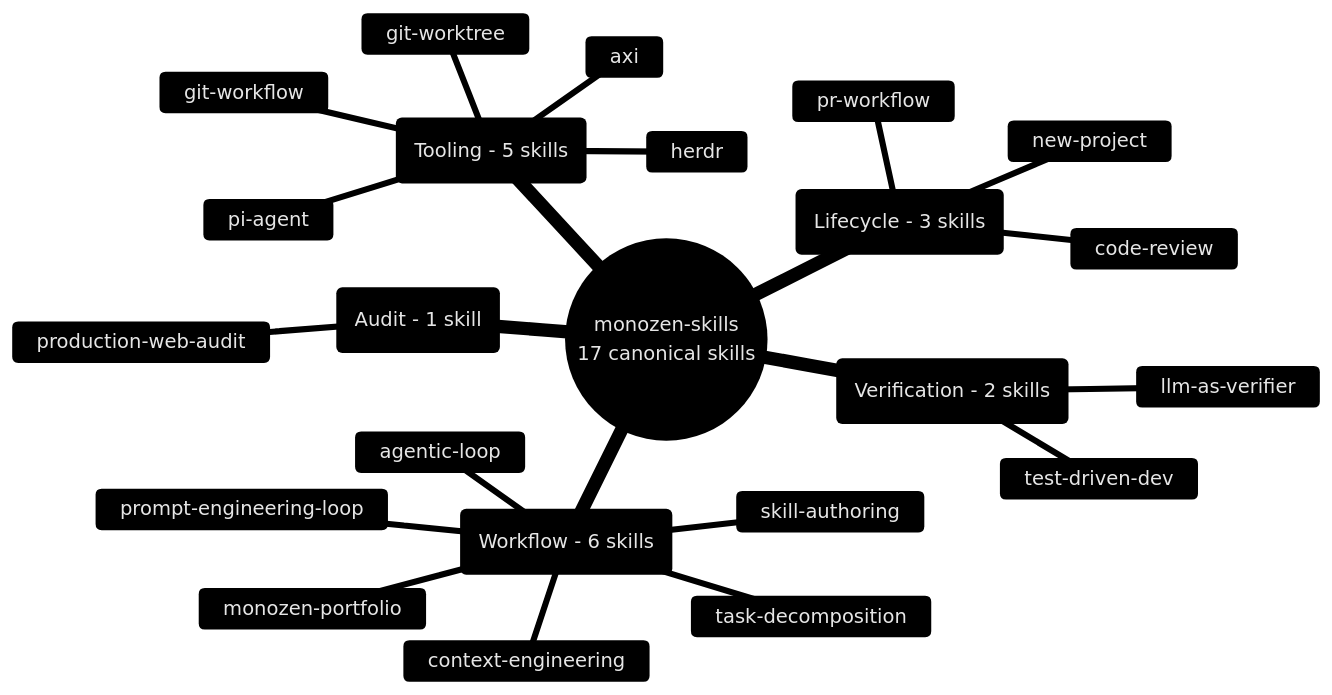
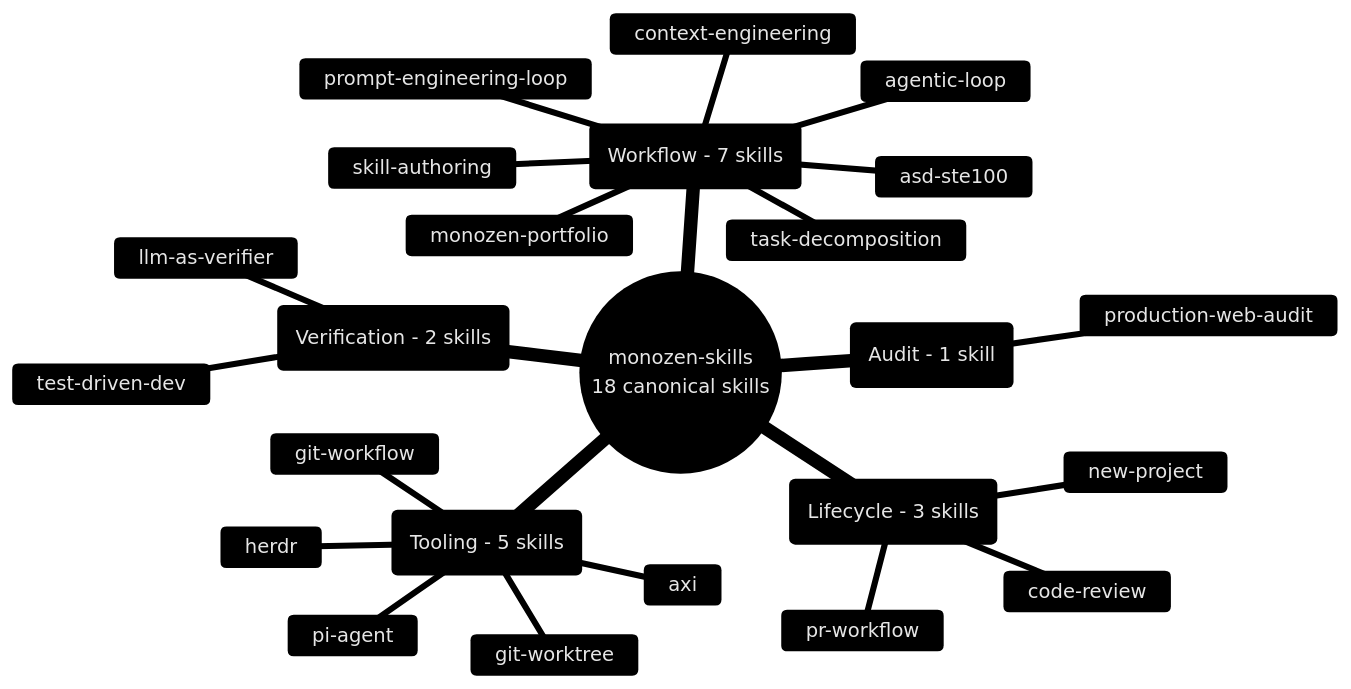
Before and after one commit to 8-BitRhyon/monozen-skills: the diagram in assets/skill-taxonomy.mmd, drawn with Mermaid. The commit also changed 7 other files, not shown here.

Commit message:
feat(skills): add asd-ste100 Simplified Technical English canonical skill

```diff
--- a/assets/skill-taxonomy.mmd
+++ b/assets/skill-taxonomy.mmd
@@ -1,26 +1,27 @@
 %%{init: {'theme': 'base', 'themeVariables': {'primaryColor': '#1a1a2e', 'primaryTextColor': '#e6e6e6', 'primaryBorderColor': '#8b7eff', 'lineColor': '#5a5a8a', 'secondaryColor': '#12132b', 'tertiaryColor': '#0b0c15', 'fontFamily': 'Inter, system-ui, sans-serif'}}}%%
 
 mindmap
-  root((monozen-skills<br/>17 canonical skills))
+  root((monozen-skills<br/>18 canonical skills))
     ::_(Lifecycle - 3 skills)
       new-project
       code-review
       pr-workflow
     ::_(Verification - 2 skills)
       test-driven-dev
       llm-as-verifier
-    ::_(Workflow - 6 skills)
+    ::_(Workflow - 7 skills)
       agentic-loop
+      asd-ste100
       monozen-portfolio
       task-decomposition
       context-engineering
       prompt-engineering-loop
       skill-authoring
     ::_(Audit - 1 skill)
       production-web-audit
     ::_(Tooling - 5 skills)
       axi
       pi-agent
       herdr
       git-worktree
       git-workflow
```
